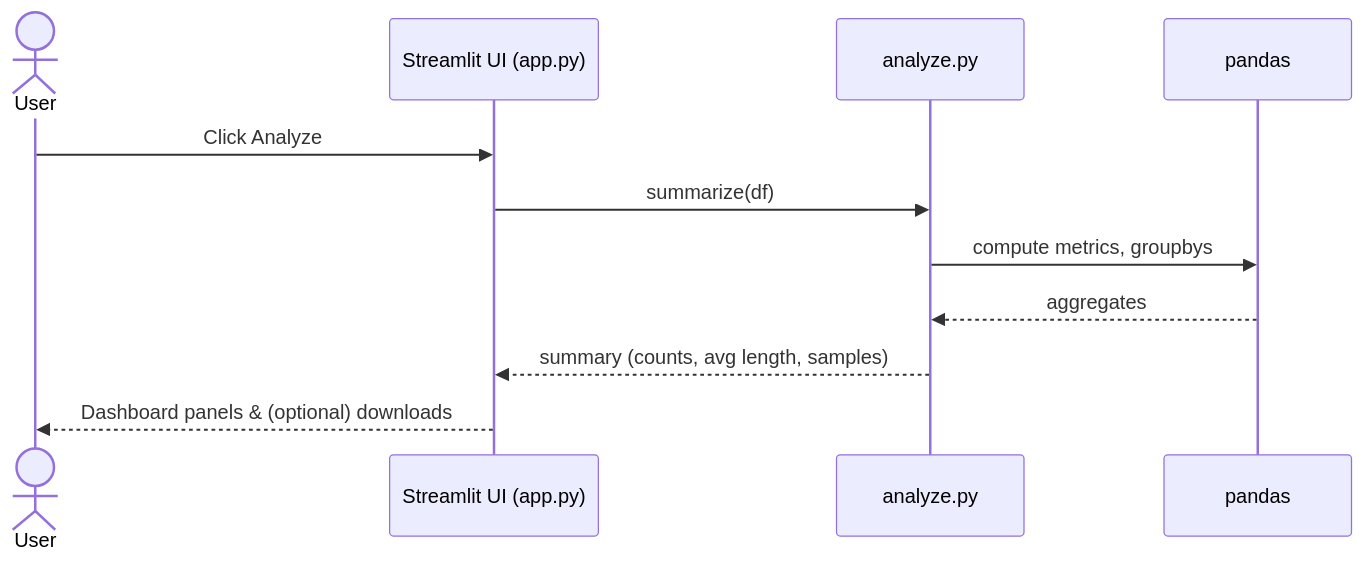
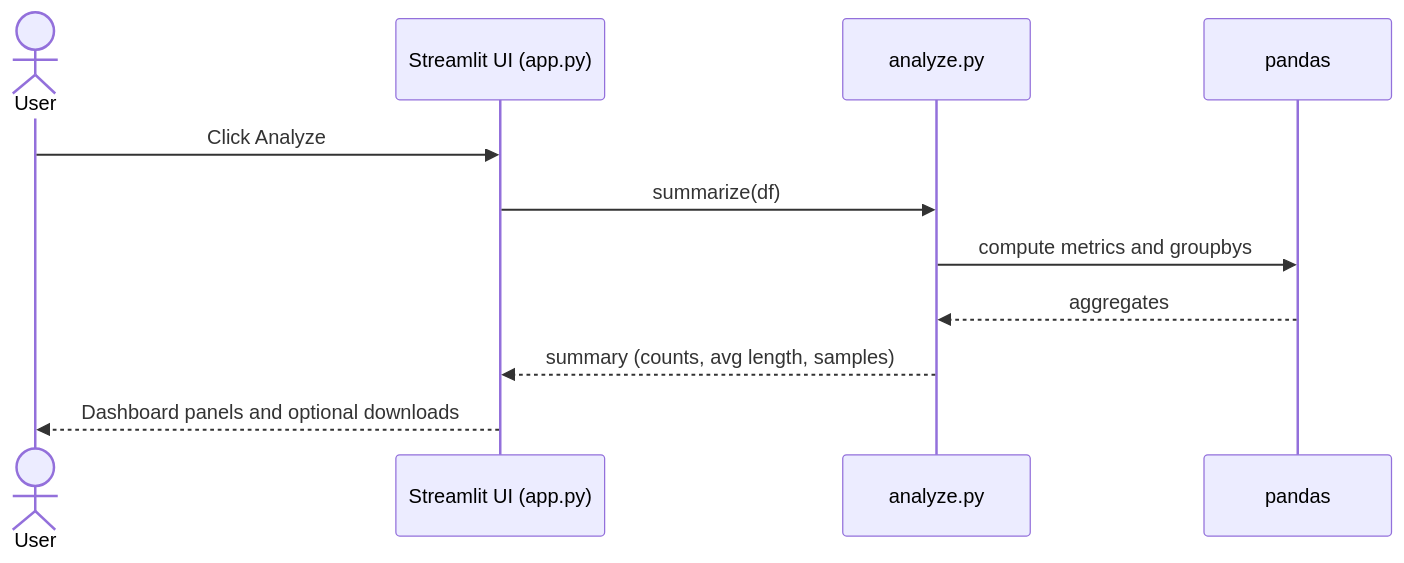
The fifth of 8 diagrams in README.md (scornsaber/Comment_Analyzer), drawn with Mermaid before and after one commit. The commit also changed other lines of this file, not shown here.

````diff
--- a/README.md
+++ b/README.md
@@ -82,14 +84,14 @@
 ```mermaid
 sequenceDiagram
     actor User
     participant UI as Streamlit UI (app.py)
     participant AZ as analyze.py
     participant PD as pandas
 
     User->>UI: Click Analyze
     UI->>AZ: summarize(df)
-    AZ->>PD: compute metrics, groupbys
+    AZ->>PD: compute metrics and groupbys
     PD-->>AZ: aggregates
     AZ-->>UI: summary (counts, avg length, samples)
-    UI-->>User: Dashboard panels & (optional) downloads
+    UI-->>User: Dashboard panels and optional downloads
 ```
````
